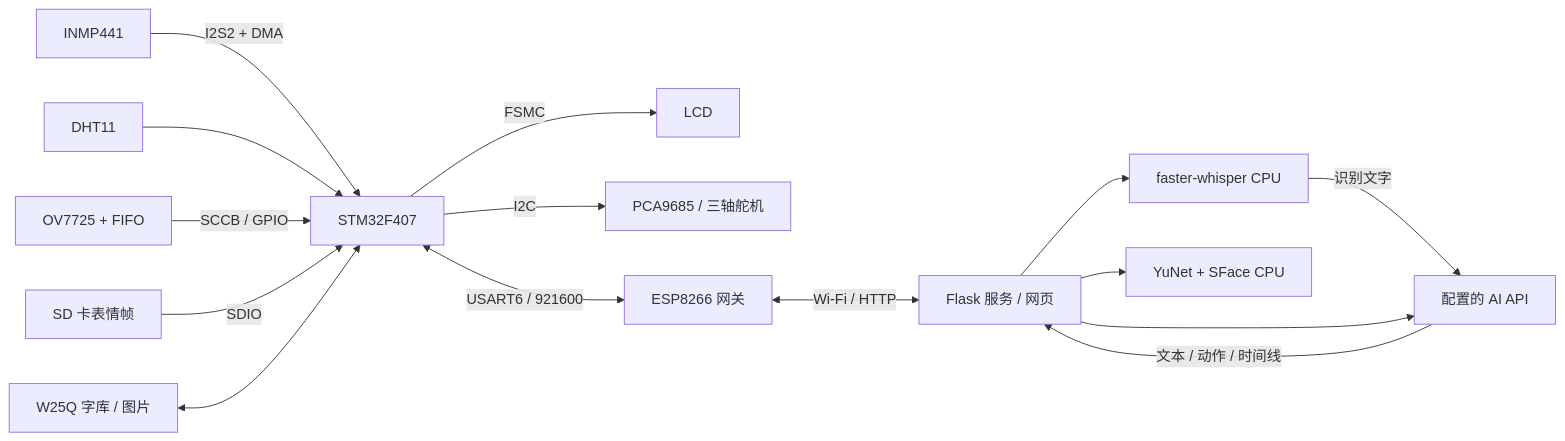
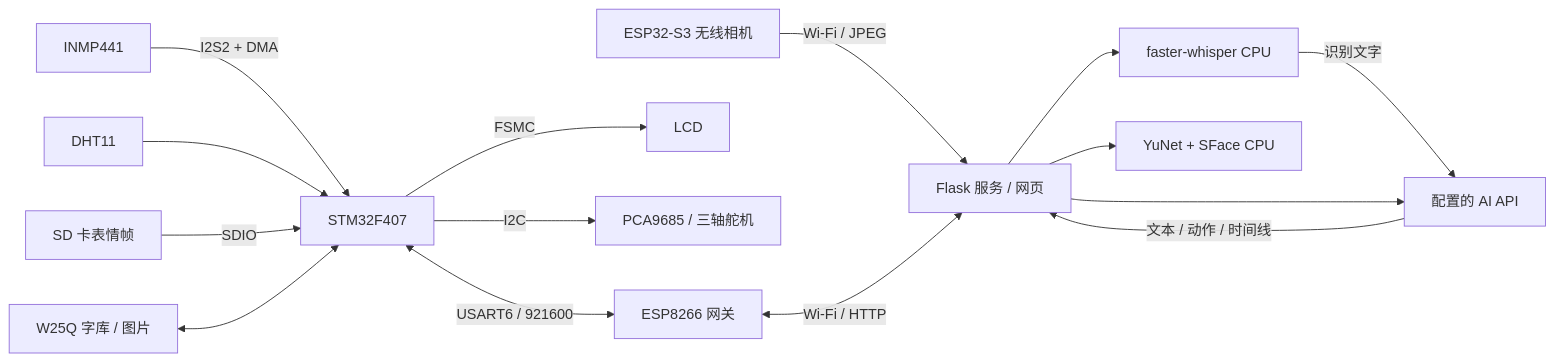
The diagram in docs/architecture.md (cxkandjinitaimei-coder/smart-voice-terminal), drawn with Mermaid before and after one commit. The commit also changed other lines of this file and 5 other files, not shown here.

````diff
--- a/docs/architecture.md
+++ b/docs/architecture.md
@@ -3,17 +3,17 @@
 ```mermaid
 flowchart LR
     Mic[INMP441] -->|I2S2 + DMA| MCU[STM32F407]
     DHT[DHT11] --> MCU
-    Cam[OV7725 + FIFO] -->|SCCB / GPIO| MCU
+    Cam[ESP32-S3 无线相机] -->|Wi-Fi / JPEG| Web[Flask 服务 / 网页]
     MCU -->|FSMC| LCD[LCD]
     SD[SD 卡表情帧] -->|SDIO| MCU
     MCU -->|I2C| PCA[PCA9685 / 三轴舵机]
     W25[W25Q 字库 / 图片] <--> MCU
     MCU <-->|USART6 / 921600| ESP[ESP8266 网关]
     ESP <-->|Wi-Fi / HTTP| Web[Flask 服务 / 网页]
     Web --> ASR[faster-whisper CPU]
     Web --> Face[YuNet + SFace CPU]
     ASR -->|识别文字| AI[配置的 AI API]
     Web --> AI
     AI -->|文本 / 动作 / 时间线| Web
 ```
````
